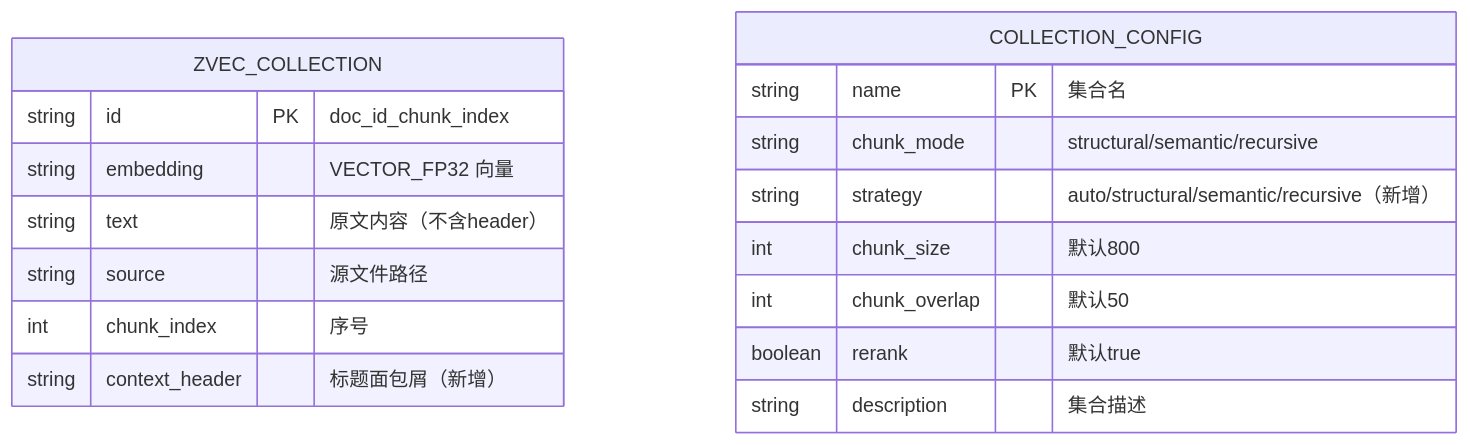
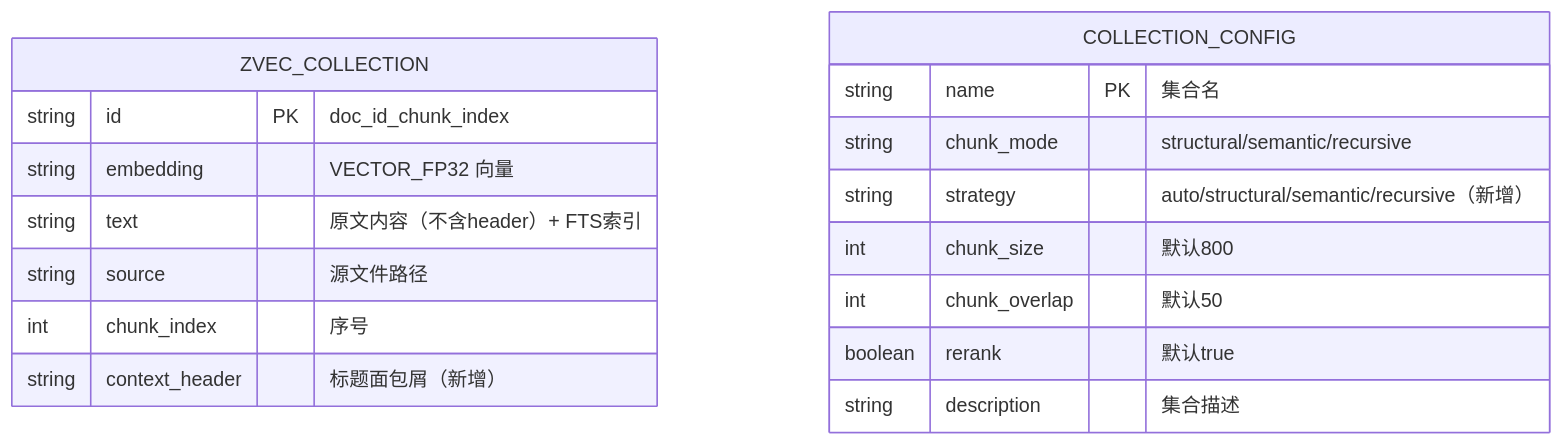
Before and after one commit to mambo-wang/CodingHub: the third of 3 diagrams in openspec/changes/rag-adaptive-chunking/design.md, drawn with Mermaid. The commit also changed other lines of this file and 4 other files, not shown here.

````diff
--- a/openspec/changes/rag-adaptive-chunking/design.md
+++ b/openspec/changes/rag-adaptive-chunking/design.md
@@ -172,20 +215,20 @@
 ```mermaid
 erDiagram
     ZVEC_COLLECTION {
         string id PK "doc_id_chunk_index"
         string embedding "VECTOR_FP32 向量"
-        string text "原文内容（不含header）"
+        string text "原文内容（不含header）+ FTS索引"
         string source "源文件路径"
         int chunk_index "序号"
         string context_header "标题面包屑（新增）"
     }
     COLLECTION_CONFIG {
         string name PK "集合名"
         string chunk_mode "structural/semantic/recursive"
         string strategy "auto/structural/semantic/recursive（新增）"
         int chunk_size "默认800"
         int chunk_overlap "默认50"
         boolean rerank "默认true"
         string description "集合描述"
     }
 ```
````
